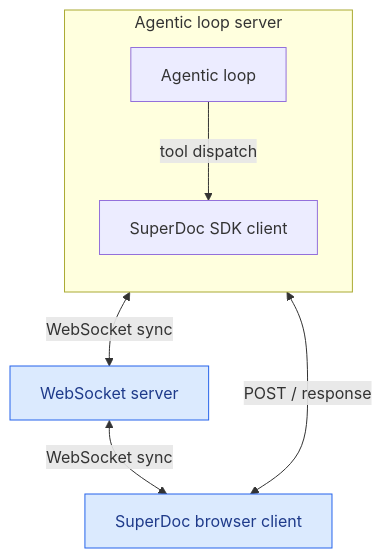
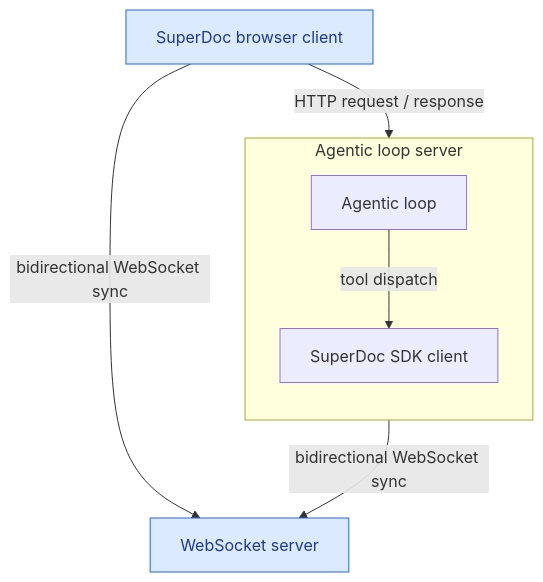
The diagram in architecture.mmd (mattConnHarbour/agent-harness-integration), drawn with Mermaid before and after one commit. The commit also changed 2 other files, not shown here.

Commit message:
place browser client first in architecture diagram

```diff
--- a/architecture.mmd
+++ b/architecture.mmd
@@ -1,18 +1,18 @@
 flowchart TD
   webapp[SuperDoc browser client]
 
   subgraph server[Agentic loop server]
     direction TB
     loop[Agentic loop]
     client[SuperDoc SDK client]
     loop -->|tool dispatch| client
   end
 
   ws[WebSocket server]
 
-  webapp <-->|POST / response| loop
-  client <-->|WebSocket sync| ws
-  ws <-->|WebSocket sync| webapp
+  webapp -->|HTTP request / response| loop
+  client -->|bidirectional WebSocket sync| ws
+  webapp -->|bidirectional WebSocket sync| ws
 
   classDef blue fill:#dbeafe,stroke:#2563eb,color:#1e3a8a
   class webapp,ws blue
```
